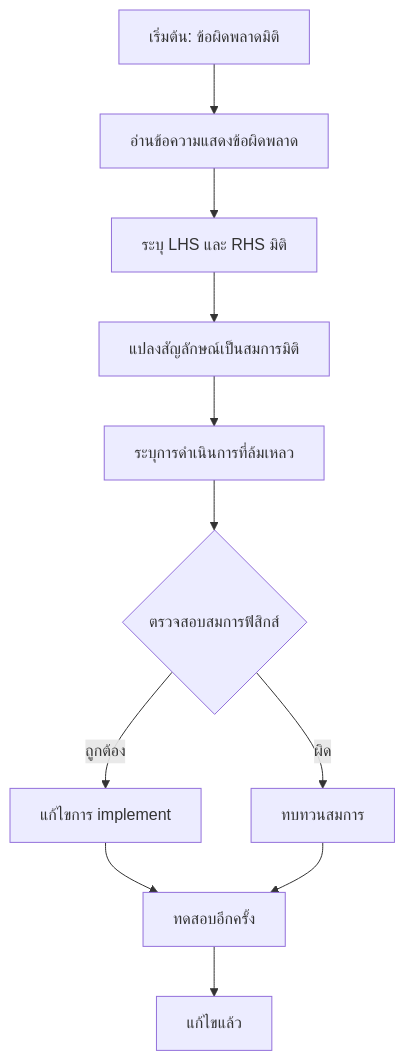
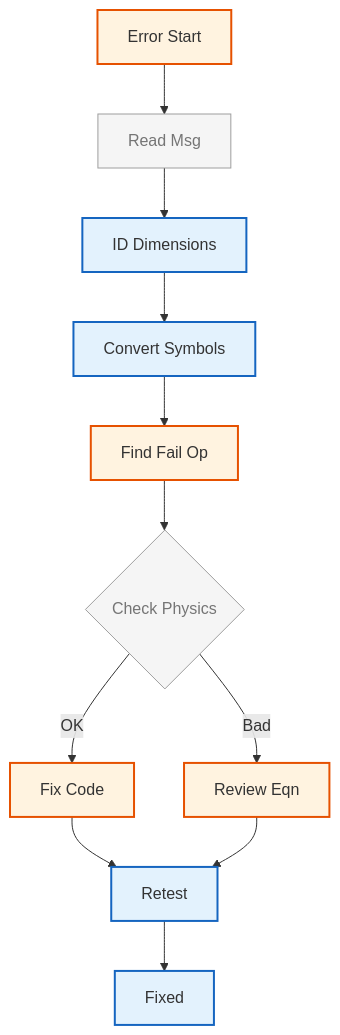
One commit to wramet/build-my-cfd changed the diagram in MODULE_05_OPENFOAM_PROGRAMMING/CONTENT/12_DIMENSIONAL_ANALYSIS/06_Common_Pitfalls.md. Above: the diagram before and after it, drawn with Mermaid. The commit also changed 313 other files, not shown here.

Commit message:
Revise all diagram

````diff
--- a/MODULE_05_OPENFOAM_PROGRAMMING/CONTENT/12_DIMENSIONAL_ANALYSIS/06_Common_Pitfalls.md
+++ b/MODULE_05_OPENFOAM_PROGRAMMING/CONTENT/12_DIMENSIONAL_ANALYSIS/06_Common_Pitfalls.md
@@ -601,13 +601,18 @@
 ```mermaid
 flowchart TD
-    A[เริ่มต้น: ข้อผิดพลาดมิติ] --> B[อ่านข้อความแสดงข้อผิดพลาด]
-    B --> C[ระบุ LHS และ RHS มิติ]
-    C --> D[แปลงสัญลักษณ์เป็นสมการมิติ]
-    D --> E[ระบุการดำเนินการที่ล้มเหลว]
-    E --> F{ตรวจสอบสมการฟิสิกส์}
-    F -->|ถูกต้อง| G[แก้ไขการ implement]
-    F -->|ผิด| H[ทบทวนสมการ]
-    G --> I[ทดสอบอีกครั้ง]
-    H --> I
-    I --> J[แก้ไขแล้ว]
+%% Classes
+classDef explicit fill:#fff3e0,stroke:#e65100,stroke-width:2px;
+classDef implicit fill:#e3f2fd,stroke:#1565c0,stroke-width:2px;
+classDef context fill:#f5f5f5,stroke:#9e9e9e,stroke-width:1px,color:#757575;
+%% Nodes
+A[Error Start]:::explicit --> B[Read Msg]:::context
+B --> C[ID Dimensions]:::implicit
+C --> D[Convert Symbols]:::implicit
+D --> E[Find Fail Op]:::explicit
+E --> F{Check Physics}:::context
+F -->|OK| G[Fix Code]:::explicit
+F -->|Bad| H[Review Eqn]:::explicit
+G --> I[Retest]:::implicit
+H --> I
+I --> J[Fixed]:::implicit
 ```
````
